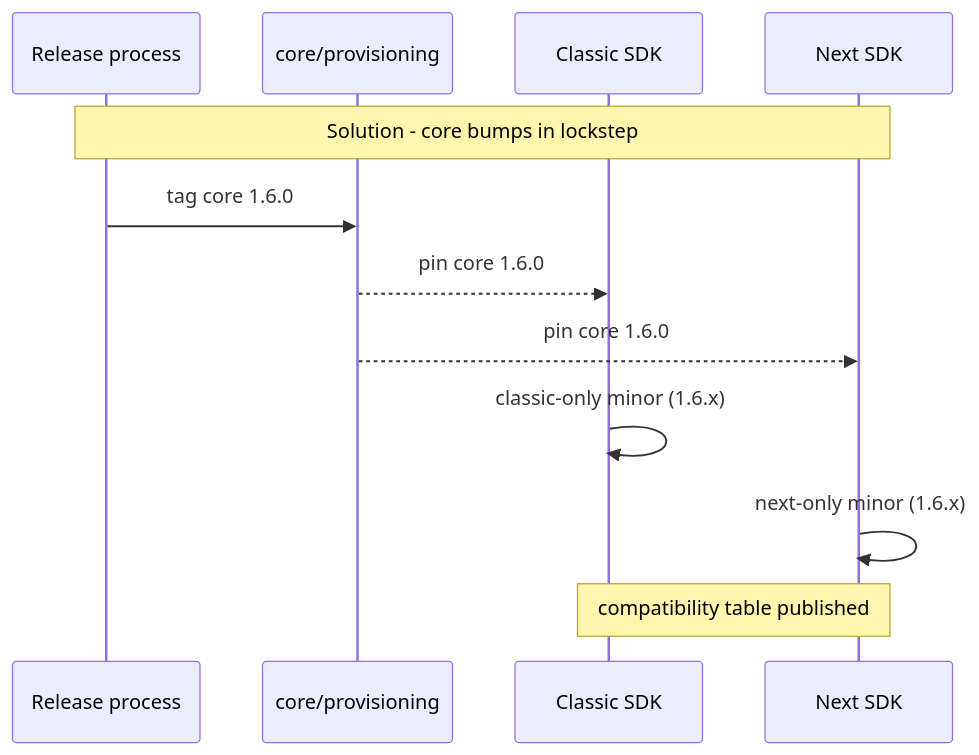
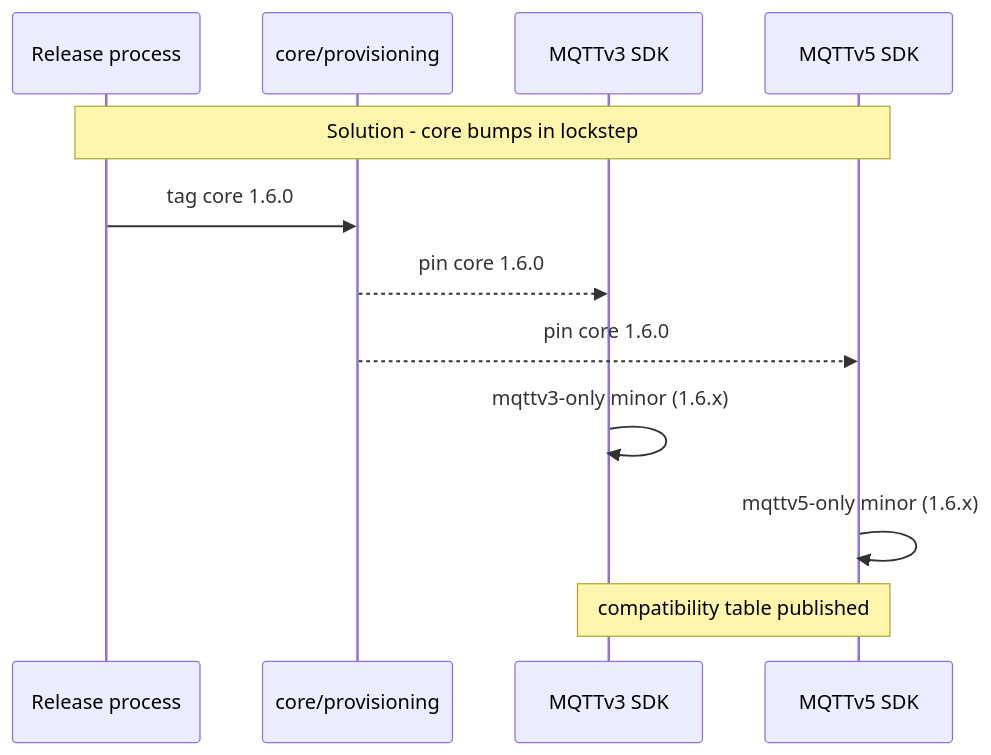
Diagram 16 of 20 in c/docs/eng/split-client.md (Azure/azure-iot-sdk), drawn with Mermaid before and after one commit. The commit also changed other lines of this file and 99 other files, not shown here.

First line of the commit message:
[C] Rename Classic/Next/AEG to MQTTv3/MQTTv5 (#274)

````diff
--- a/c/docs/eng/split-client.md
+++ b/c/docs/eng/split-client.md
@@ -538,15 +538,15 @@
 ```mermaid
 sequenceDiagram
     participant Rel as Release process
     participant Core as core/provisioning
-    participant CL as Classic SDK
-    participant NX as Next SDK
+    participant CL as MQTTv3 SDK
+    participant NX as MQTTv5 SDK
 
     Note over Rel,NX: Solution - core bumps in lockstep
     Rel->>Core: tag core 1.6.0
     Core-->>CL: pin core 1.6.0
     Core-->>NX: pin core 1.6.0
-    CL->>CL: classic-only minor (1.6.x)
-    NX->>NX: next-only minor (1.6.x)
+    CL->>CL: mqttv3-only minor (1.6.x)
+    NX->>NX: mqttv5-only minor (1.6.x)
     Note over CL,NX: compatibility table published
 ```
````
